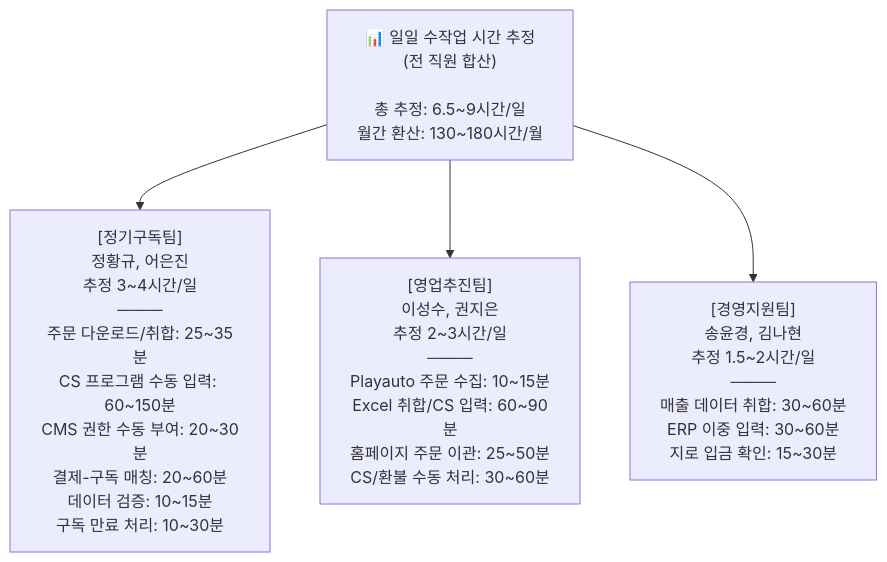
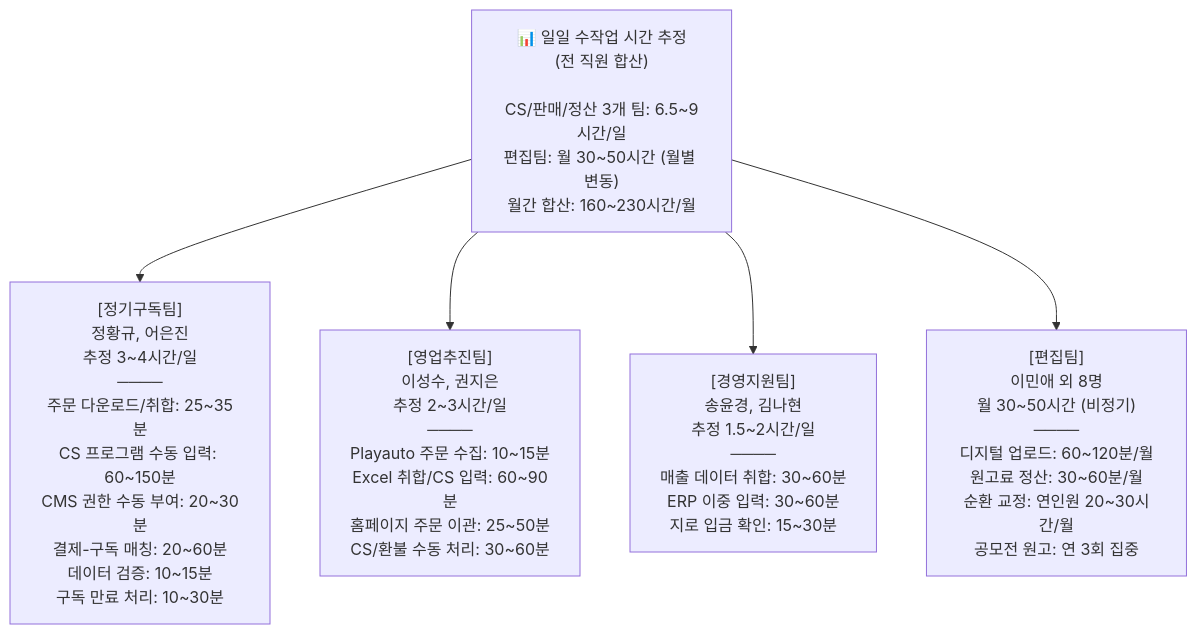
Before and after one commit to sknkwoxs/manual-book: the tenth of 11 diagrams in src/content/docs/goodthinking-isp/02-analysis/business-analysis.md, drawn with Mermaid. The commit also changed other lines of this file and 1 other file, not shown here.

First line of the commit message:
docs(goodthinking-isp): 편집팀 업무분석 통합 및 인터뷰 질문지 전면 개편

````diff
--- a/src/content/docs/goodthinking-isp/02-analysis/business-analysis.md
+++ b/src/content/docs/goodthinking-isp/02-analysis/business-analysis.md
@@ -172,14 +298,17 @@
 ```mermaid
 graph TD
-    root["📊 일일 수작업 시간 추정<br/>(전 직원 합산)<br/><br/>총 추정: 6.5~9시간/일<br/>월간 환산: 130~180시간/월"]
+    root["📊 일일 수작업 시간 추정<br/>(전 직원 합산)<br/><br/>CS/판매/정산 3개 팀: 6.5~9시간/일<br/>편집팀: 월 30~50시간 (월별 변동)<br/>월간 합산: 160~230시간/월"]
     
     team1["[정기구독팀]<br/>정황규, 어은진<br/>추정 3~4시간/일<br/>────<br/>주문 다운로드/취합: 25~35분<br/>CS 프로그램 수동 입력: 60~150분<br/>CMS 권한 수동 부여: 20~30분<br/>결제-구독 매칭: 20~60분<br/>데이터 검증: 10~15분<br/>구독 만료 처리: 10~30분"]
     
     team2["[영업추진팀]<br/>이성수, 권지은<br/>추정 2~3시간/일<br/>────<br/>Playauto 주문 수집: 10~15분<br/>Excel 취합/CS 입력: 60~90분<br/>홈페이지 주문 이관: 25~50분<br/>CS/환불 수동 처리: 30~60분"]
     
     team3["[경영지원팀]<br/>송윤경, 김나현<br/>추정 1.5~2시간/일<br/>────<br/>매출 데이터 취합: 30~60분<br/>ERP 이중 입력: 30~60분<br/>지로 입금 확인: 15~30분"]
     
+    team4["[편집팀]<br/>이민애 외 8명<br/>월 30~50시간 (비정기)<br/>────<br/>디지털 업로드: 60~120분/월<br/>원고료 정산: 30~60분/월<br/>순환 교정: 연인원 20~30시간/월<br/>공모전 원고: 연 3회 집중"]
+    
     root --> team1
     root --> team2
     root --> team3
+    root --> team4
 ```
````
